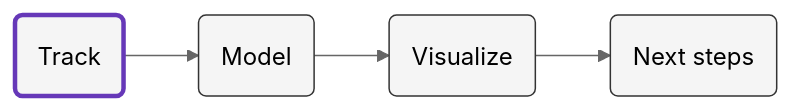
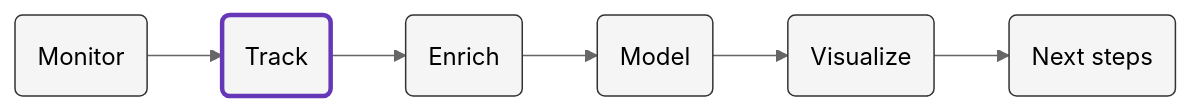
Before and after one commit to snowplow-incubator/snowplow-core-web-vitals-accelerator: the diagram in content/tracking/_index.md, drawn with Mermaid (neutral theme). The commit also changed other lines of this file and 20 other files, not shown here.

```diff
--- a/content/tracking/_index.md
+++ b/content/tracking/_index.md
@@ -11,8 +11,10 @@
 {{<mermaid>}}
 flowchart LR
-    id1(Track)-->id2(Model)-->id3(Visualize)-->id4(Next steps)
-    style id1 fill:#f5f5f5,stroke:#6638B8,stroke-width:3px
-    style id2 fill:#f5f5f5,stroke:#333,stroke-width:1px
+    id1(Monitor)-->id2(Track)-->id3(Enrich)-->id4(Model)-->id5(Visualize)-->id6(Next steps)
+    style id1 fill:#f5f5f5,stroke:#333,stroke-width:1px
+    style id2 fill:#f5f5f5,stroke:#6638B8,stroke-width:3px
     style id3 fill:#f5f5f5,stroke:#333,stroke-width:1px
     style id4 fill:#f5f5f5,stroke:#333,stroke-width:1px
+    style id5 fill:#f5f5f5,stroke:#333,stroke-width:1px
+    style id6 fill:#f5f5f5,stroke:#333,stroke-width:1px
 {{</mermaid >}}
```
